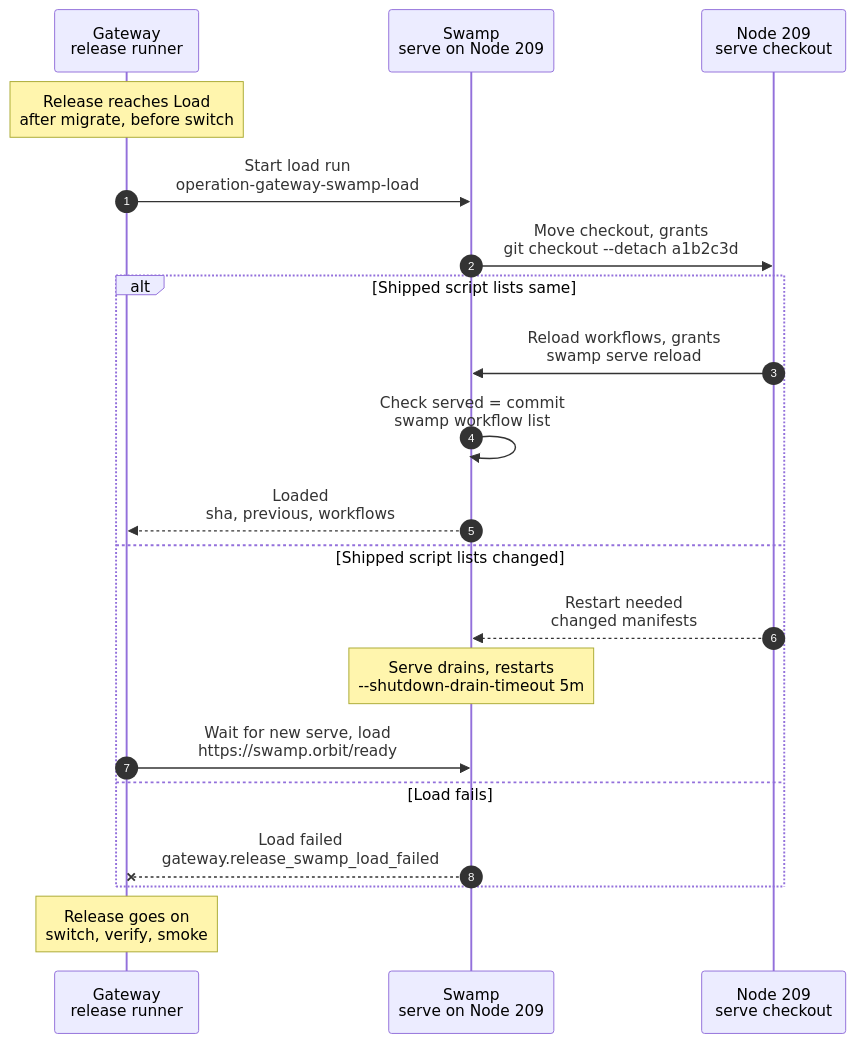
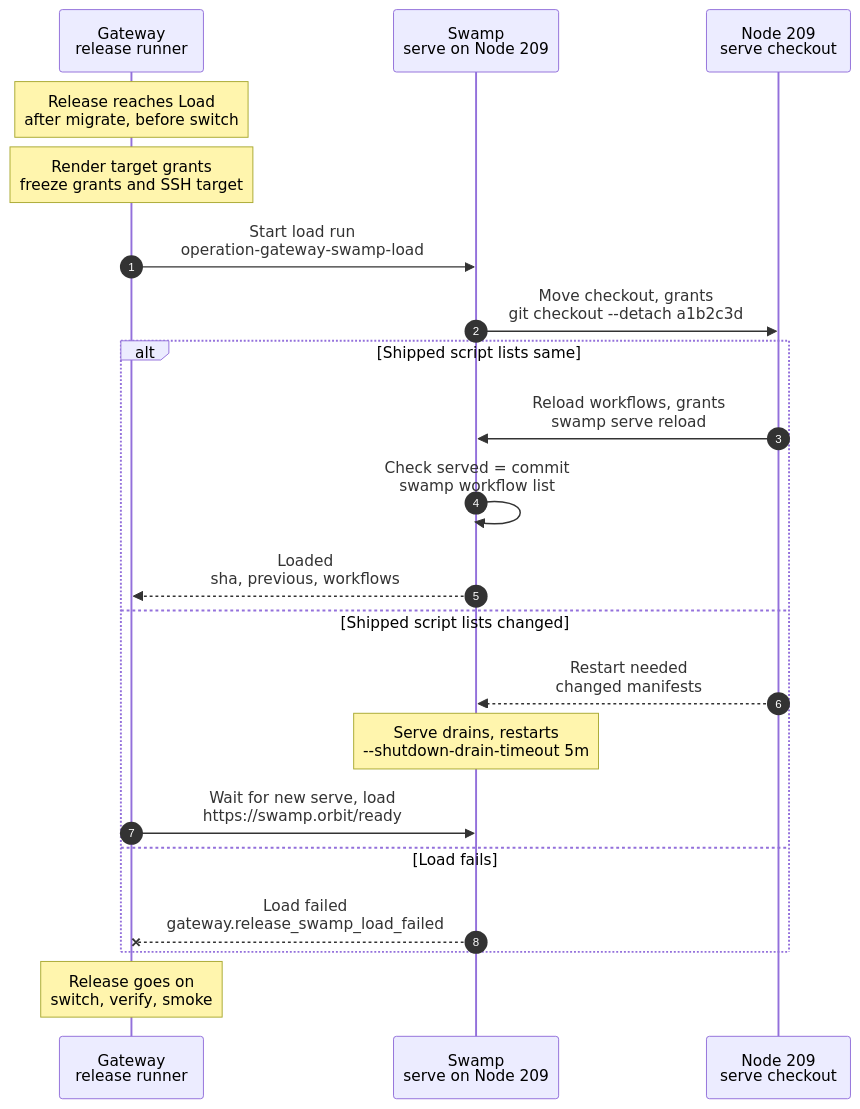
Before and after one commit to hardimpactdev/orbit: the diagram in docs/cli/gateway/swamp-load.mmd, drawn with Mermaid. The commit also changed 15 other files, not shown here.

Commit message:
feat(gateway): render release Swamp grants at admission

```diff
--- a/docs/cli/gateway/swamp-load.mmd
+++ b/docs/cli/gateway/swamp-load.mmd
@@ -1,81 +1,82 @@
 sequenceDiagram
   %% Target design: swamp-load-git-checkout (Nick 2026-11-01), release-waits-for-swamp, single-swamp-node. docs/reference/gateway-recovery.md#load-swamp.
   %% Tightened: flow-tighten 2026-11-02, rule 6 (checkout move and grants render are one load action on 209).
   %% status: reviewed
   %% command: gateway:release:deploy · Load Swamp
   %% kind: gateway.swamp_load
   %% behavior name: gateway-swamp-load (fixed)
   autonumber
   %% lane GW icon=gateway pill=intent tone=blue
   %% lane SW icon=workflow pill=executes tone=green
   %% lane N icon=server pill=target tone=amber
   participant GW as Gateway<br/>release runner
   participant SW as Swamp<br/>serve on Node 209
   participant N as Node 209<br/>serve checkout
   Note over GW: Release reaches Load<br/>after migrate, before switch
   %%> When:
   %%> - every Gateway release, automatic or `orbit gateway:release:deploy <sha>`
   %%> - after prepare and migrate, before the switch
   %%> - also for releases that change no Swamp file, so Gateway and Swamp always run the same commit
   %%> Not included:
   %%> - no CLI command of its own; the release runner is the only caller
   %%> - `gateway:release:rollback` skips this step, so a rollback works while Swamp is down
+  Note over GW: Render target grants<br/>freeze grants and SSH target
   GW->>SW: Start load run<br/>operation-gateway-swamp-load
   %%> What it does:
   %%> - records task #5150 with the release commit
   %%> - starts one Swamp run on serve, placed on the `swamp` role
   %%> Inputs:
-  %%> - the release commit, for example `a1b2c3d`
+  %%> - the release commit, for example `a1b2c3d`, its rendered grants and the admitted SSH target
   %%> Retry:
   %%> - when serve is restarting, the start waits up to 10 minutes instead of pausing the release
   SW->>N: Move checkout, grants<br/>git checkout --detach a1b2c3d
   %%> Requirements:
   %%> - the new commit descends from the current one (fast-forward only)
   %%> On the Node:
   %%> - fetches the commit into the serve checkout
   %%> - moves the checkout to it
   %%> - writes `swamp/grants/orbit-gateway.yaml`: which workflows the Gateway may start, from `swamp/config/gateway-workflow-grants.json`
   %%> Why:
   %%> - Swamp's default mode reads `swamp/` from a Git checkout; no custom loader
   %%> - one action on Node 209 with one failure handling, so the render is part of this step
   alt Shipped script lists same
     N->>SW: Reload workflows, grants<br/>swamp serve reload
     %%> What it does:
     %%> - `swamp serve reload`: serve picks up new and changed workflows and extensions
     %%> - `swamp access reload`: serve creates, revokes or keeps grants to match the file
     %%> Why:
     %%> - a reload, not a restart: running work keeps going
     SW->>SW: Check served = commit<br/>swamp workflow list
     %%> What it does:
     %%> - compares the workflows serve runs with the workflows in the commit
     %%> - ignores the `schedule-<uuid>` workflows that Schedules publish
     SW-->>GW: Loaded<br/>sha, previous, workflows
     %%> Result:
     %%> - task #5150 succeeded
     %%> - returns the commit, the previous commit and the workflow count
   else Shipped script lists changed
     N-->>SW: Restart needed<br/>changed manifests
     %%> Why:
     %%> - serve's reload keeps each extension's file list from its start (Lab #4282)
     %%> - so new shipped scripts reach workers only after a restart
     %%> Temporary:
     %%> - remove this branch when Lab #4282 is fixed
     Note over SW: Serve drains, restarts<br/>--shutdown-drain-timeout 5m
     %%> What it does:
     %%> - serve takes no new work and lets running work finish, up to 5 minutes
     %%> - then a new serve instance starts from the new commit
     GW->>SW: Wait for new serve, load<br/>https://swamp.orbit/ready
     %%> What it does:
     %%> - waits up to 7 minutes for a new serve instance id
     %%> - then starts the load once more; that run takes the first branch
   else Load fails
     SW--xGW: Load failed<br/>gateway.release_swamp_load_failed
     %%> Result:
     %%> - task #5150 failed
     %%> - the release pauses before the switch; the old Gateway release stays live
     %%> - the checkout may stay on the new commit; fix forward and resume the release
   end
   Note over GW: Release goes on<br/>switch, verify, smoke
   %%> Result:
   %%> - Gateway and Swamp now run the same commit
   %%> - the release switches to the new Gateway code
```
